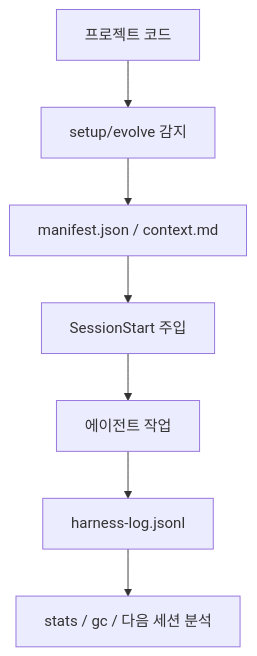
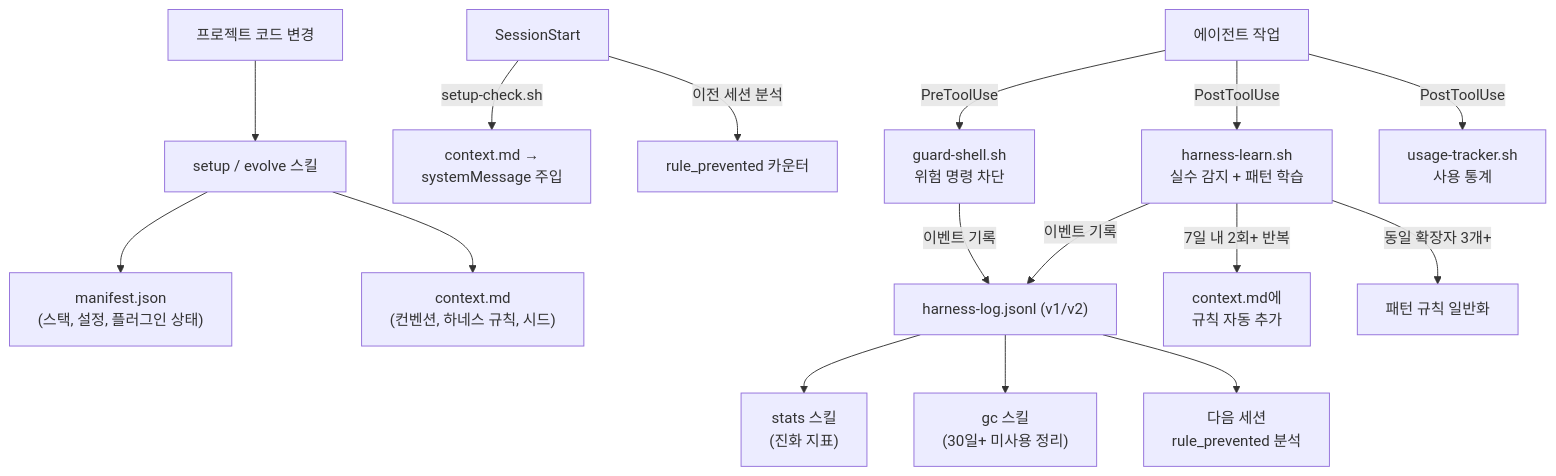
Before and after one commit to Jimmy-Jung/ai-symbiote: the second of 4 diagrams in docs/FLOWS.md, drawn with Mermaid. The commit also changed other lines of this file and 5 other files, not shown here.

````diff
--- a/docs/FLOWS.md
+++ b/docs/FLOWS.md
@@ -25,9 +31,21 @@
 ```mermaid
 flowchart TD
-    A["프로젝트 코드"] --> B["setup/evolve 감지"]
-    B --> C["manifest.json / context.md"]
-    C --> D["SessionStart 주입"]
-    D --> E["에이전트 작업"]
-    E --> F["harness-log.jsonl"]
-    F --> G["stats / gc / 다음 세션 분석"]
+    A["프로젝트 코드 변경"] --> B["setup / evolve 스킬"]
+    B --> C["manifest.json<br/>(스택, 설정, 플러그인 상태)"]
+    B --> D["context.md<br/>(컨벤션, 하네스 규칙, 시드)"]
+
+    E["SessionStart"] -->|"setup-check.sh"| F["context.md →<br/>systemMessage 주입"]
+    E -->|"이전 세션 분석"| G["rule_prevented 카운터"]
+
+    H["에이전트 작업"] -->|"PreToolUse"| I["guard-shell.sh<br/>위험 명령 차단"]
+    H -->|"PostToolUse"| J["harness-learn.sh<br/>실수 감지 + 패턴 학습"]
+    H -->|"PostToolUse"| K["usage-tracker.sh<br/>사용 통계"]
+
+    I & J -->|"이벤트 기록"| L["harness-log.jsonl (v1/v2)"]
+    J -->|"7일 내 2회+ 반복"| M["context.md에<br/>규칙 자동 추가"]
+    J -->|"동일 확장자 3개+"| N["패턴 규칙 일반화"]
+
+    L --> O["stats 스킬<br/>(진화 지표)"]
+    L --> P["gc 스킬<br/>(30일+ 미사용 정리)"]
+    L --> Q["다음 세션<br/>rule_prevented 분석"]
 ```
````
